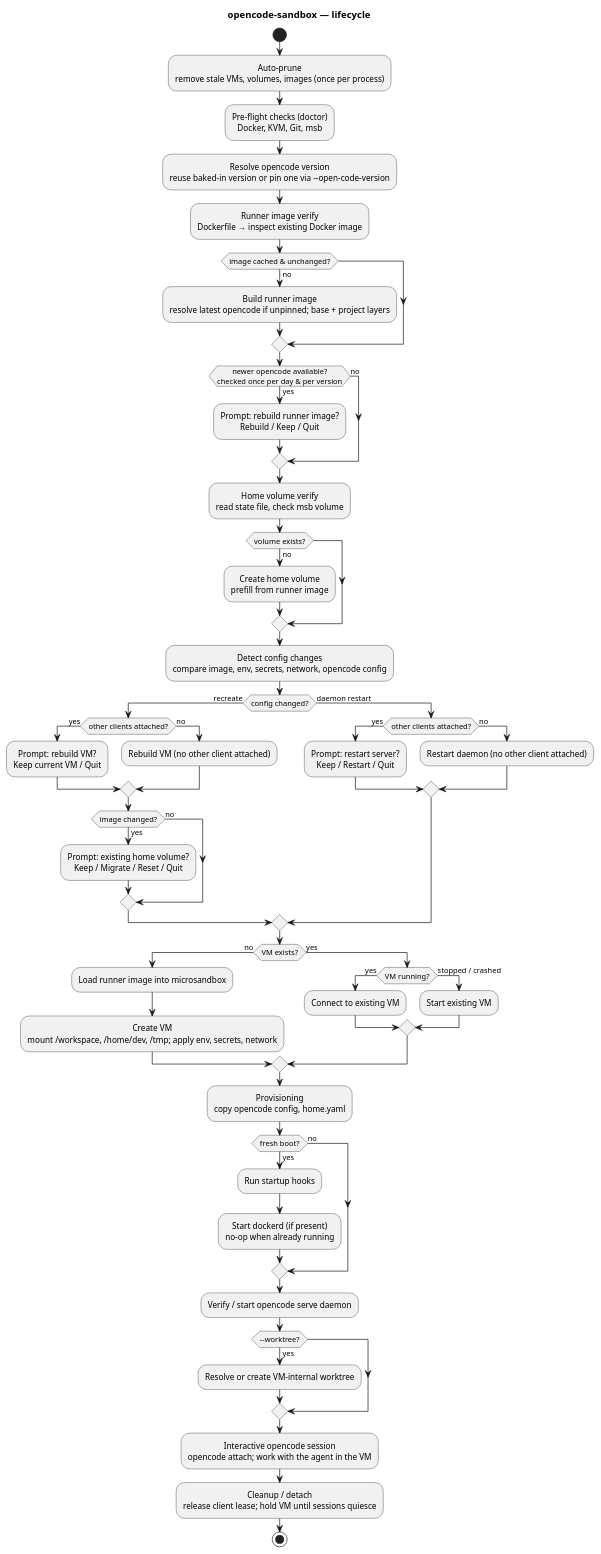
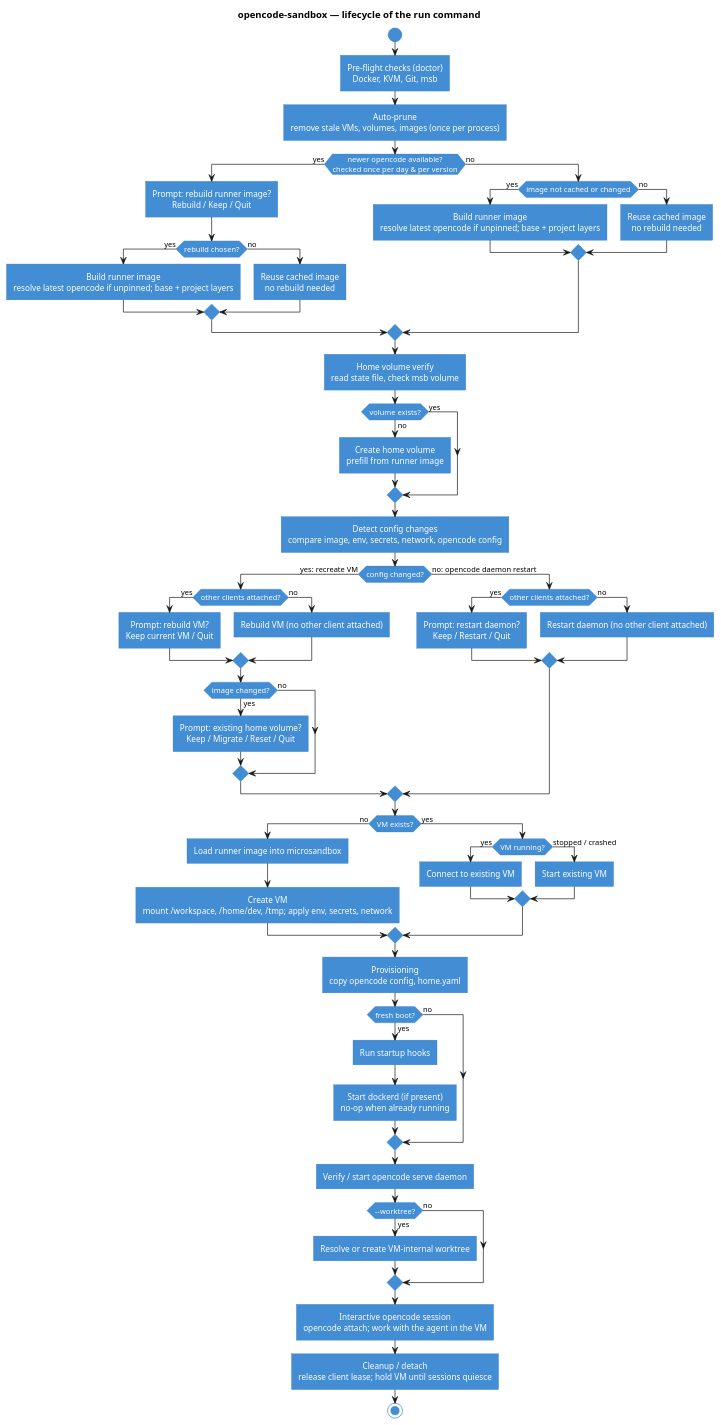
One commit to inoio/agents-sandbox changed the diagram in docs/diagrams/lifecycle.puml. Above: the diagram before and after it, drawn with PlantUML. The commit also changed 33 other files, not shown here.

First line of the commit message:
feat(docs): reworked docs structure, contents, diagrams

```diff
--- a/docs/diagrams/lifecycle.puml
+++ b/docs/diagrams/lifecycle.puml
@@ -1,73 +1,94 @@
 @startuml
 skinparam defaultTextAlignment center
+skinparam roundCorner 0
+skinparam activityBackgroundColor #438DD5
+skinparam activityBorderColor #3C7FC0
+skinparam activityFontColor #FFF
+skinparam activityDiamondBackgroundColor #438DD5
+skinparam activityDiamondBorderColor #3C7FC0
+skinparam activityDiamondFontColor #FFF
+skinparam arrowColor #181818
+<style>
+activityDiagram {
+  circle {
+    LineColor #3C7FC0
+    BackGroundColor #438DD5
+  }
+}
+</style>
 ' opencode-sandbox — invocation lifecycle (from internal/sandbox/vm/run_orchestrate.go)
-title opencode-sandbox — lifecycle
+title opencode-sandbox — lifecycle of the run command
 
 start
+:Pre-flight checks (doctor)\nDocker, KVM, Git, msb;
 :Auto-prune\nremove stale VMs, volumes, images (once per process);
-:Pre-flight checks (doctor)\nDocker, KVM, Git, msb;
-:Resolve opencode version\nreuse baked-in version or pin one via --open-code-version;
-
-:Runner image verify\nDockerfile → inspect existing Docker image;
-if (image cached & unchanged?) then (no)
-    :Build runner image\nresolve latest opencode if unpinned; base + project layers;
-endif
 
 if (newer opencode available?\nchecked once per day & per version) then (yes)
     :Prompt: rebuild runner image?\nRebuild / Keep / Quit;
+    if (rebuild chosen?) then (yes)
+        :Build runner image\nresolve latest opencode if unpinned; base + project layers;
+    else (no)
+        :Reuse cached image\nno rebuild needed;
+    endif
 else (no)
+    if (image not cached or changed) then (yes)
+        :Build runner image\nresolve latest opencode if unpinned; base + project layers;
+    else (no)
+        :Reuse cached image\nno rebuild needed;
+    endif
 endif
-
 :Home volume verify\nread state file, check msb volume;
 if (volume exists?) then (no)
     :Create home volume\nprefill from runner image;
+else (yes)
 endif
 
 :Detect config changes\ncompare image, env, secrets, network, opencode config;
-if (config changed?) then (recreate)
+if (config changed?) then (yes: recreate VM)
     if (other clients attached?) then (yes)
         :Prompt: rebuild VM?\nKeep current VM / Quit;
     else (no)
         :Rebuild VM (no other client attached);
     endif
     if (image changed?) then (yes)
         :Prompt: existing home volume?\nKeep / Migrate / Reset / Quit;
     else (no)
     endif
-else (daemon restart)
+else (no: opencode daemon restart)
     if (other clients attached?) then (yes)
-        :Prompt: restart server?\nKeep / Restart / Quit;
+        :Prompt: restart daemon?\nKeep / Restart / Quit;
     else (no)
         :Restart daemon (no other client attached);
     endif
 endif
 
 if (VM exists?) then (no)
     :Load runner image into microsandbox;
     :Create VM\nmount /workspace, /home/dev, /tmp; apply env, secrets, network;
 else (yes)
     if (VM running?) then (yes)
         :Connect to existing VM;
     else (stopped / crashed)
         :Start existing VM;
     endif
 endif
 
 :Provisioning\ncopy opencode config, home.yaml;
 if (fresh boot?) then (yes)
     :Run startup hooks;
     :Start dockerd (if present)\nno-op when already running;
 else (no)
 endif
 :Verify / start opencode serve daemon;
 
 if (--worktree?) then (yes)
     :Resolve or create VM-internal worktree;
+else (no)
 endif
 
 :Interactive opencode session\nopencode attach; work with the agent in the VM;
 
 :Cleanup / detach\nrelease client lease; hold VM until sessions quiesce;
 
 stop
 @enduml
```
